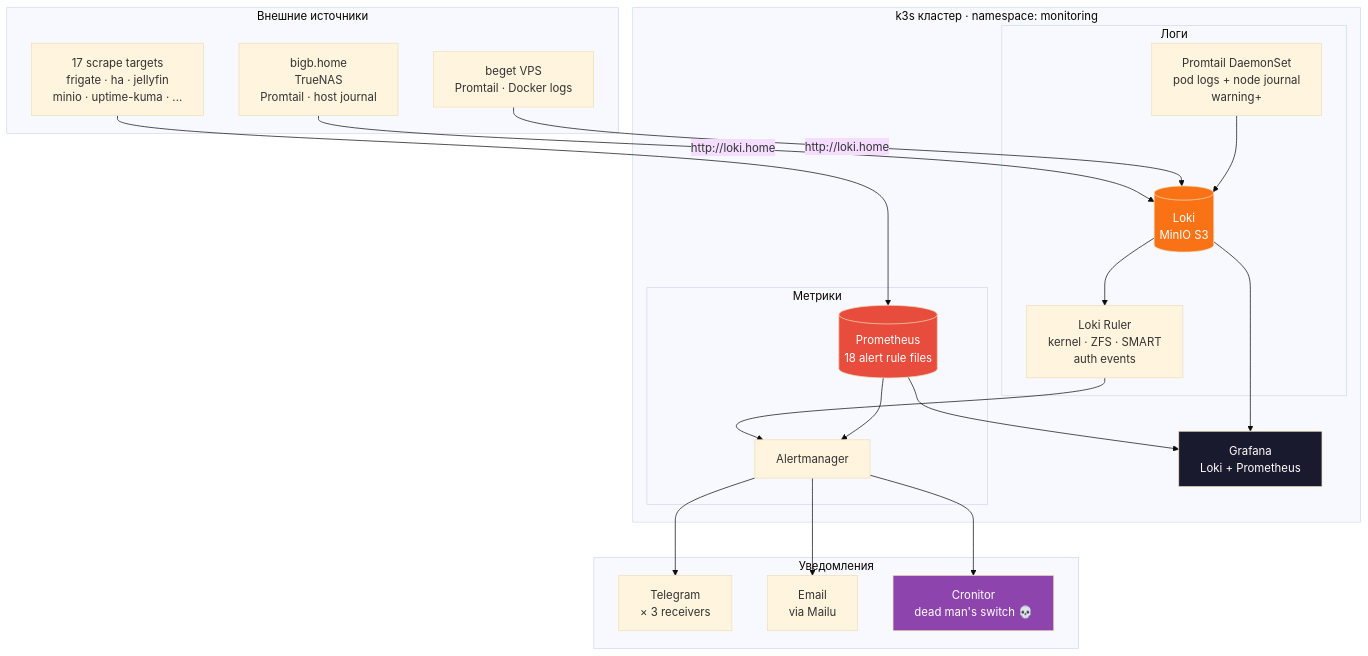
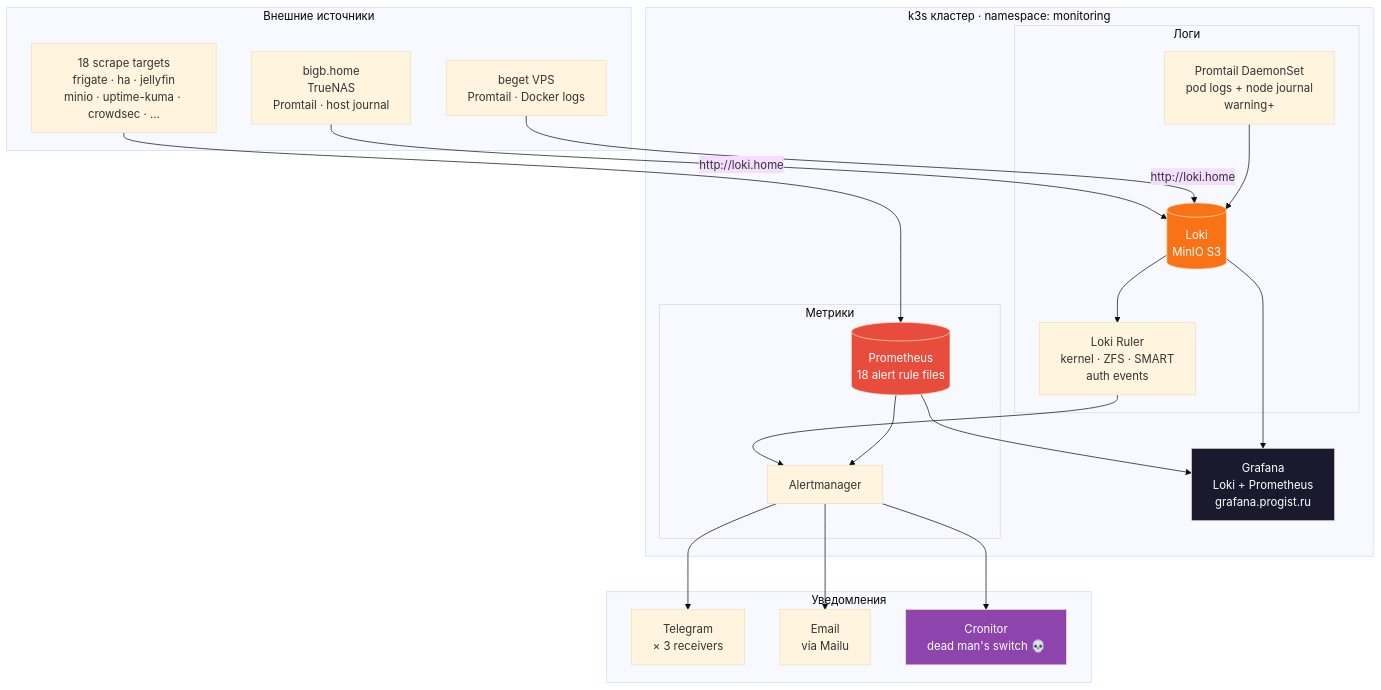
One commit to progist1/home-k3s changed the fifth of 5 diagrams in README.md. Above: the diagram before and after it, drawn with Mermaid (base theme). The commit also changed other lines of this file and 1 other file, not shown here.

````diff
--- a/README.md
+++ b/README.md
@@ -301,55 +301,56 @@
 ```mermaid
 flowchart TB
     subgraph external["Внешние источники"]
         bigb["bigb.home
 TrueNAS
 Promtail · host journal"]
         beget["beget VPS
 Promtail · Docker logs"]
-        ext17["17 scrape targets
+        ext17["18 scrape targets
 frigate · ha · jellyfin
-minio · uptime-kuma · ..."]
+minio · uptime-kuma · crowdsec · ..."]
     end
 
     subgraph cluster["k3s кластер · namespace: monitoring"]
         subgraph logs["Логи"]
             ptds["Promtail DaemonSet
 pod logs + node journal
 warning+"]
             loki[("Loki
 MinIO S3")]
             rules["Loki Ruler
 kernel · ZFS · SMART
 auth events"]
         end
         subgraph metrics["Метрики"]
             prom[("Prometheus
 18 alert rule files")]
             am["Alertmanager"]
         end
         grafana["Grafana
-Loki + Prometheus"]
+Loki + Prometheus
+grafana.progist.ru"]
     end
 
     subgraph notify["Уведомления"]
         tg["Telegram
 × 3 receivers"]
         mail["Email
 via Mailu"]
         cronitor["Cronitor
 dead man's switch 💀"]
     end
 
     bigb & beget -->|"http://loki.home"| loki
     ptds --> loki
     loki --> rules --> am
     ext17 --> prom
     prom --> am
     am --> tg & mail & cronitor
     loki & prom --> grafana
 
     style loki fill:#f97316,color:#fff
     style prom fill:#e74c3c,color:#fff
     style cronitor fill:#8e44ad,color:#fff
     style grafana fill:#1a1a2e,color:#fff
 ```
````
